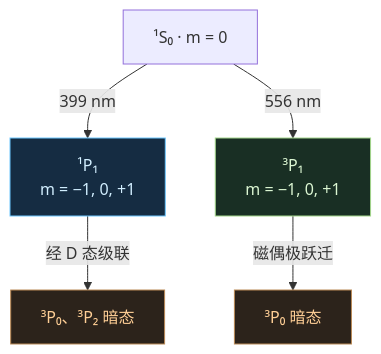
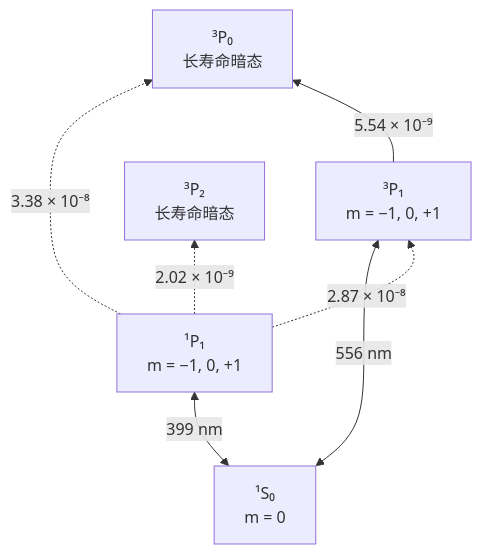
Before and after one commit to WindSweeps/yb-mot3d-simulator: the diagram in mot3d/engine-diagrams/two-color-rate-equations.mmd, drawn with Mermaid. The commit also changed 12 other files, not shown here.

```diff
--- a/mot3d/engine-diagrams/two-color-rate-equations.mmd
+++ b/mot3d/engine-diagrams/two-color-rate-equations.mmd
@@ -1,11 +1,14 @@
-flowchart TB
-    G["¹S₀ · m = 0"] -->|"399 nm"| B["¹P₁<br/>m = −1, 0, +1"]
-    G -->|"556 nm"| V["³P₁<br/>m = −1, 0, +1"]
-    B -->|"经 D 态级联"| DB["³P₀、³P₂ 暗态"]
-    V -->|"磁偶极跃迁"| DV["³P₀ 暗态"]
-    classDef blue fill:#152c42,stroke:#6cc7ff,color:#d2efff
-    classDef green fill:#192f24,stroke:#a3d68b,color:#dcf7d3
-    classDef dark fill:#2c231b,stroke:#ba8956,color:#ffcf96
-    class B blue
-    class V green
-    class DB,DV dark
+flowchart BT
+    accTitle: ¹⁷⁴Yb 蓝绿光稳态速率方程能级图
+    accDescr: 能量向上递增。399 nm 与 556 nm 两个冷却循环共享基态。蓝光虚线标注经 ³D 态级联至三个末态的有效分支比。绿光磁偶极分支通往 ³P₀。
+    G["¹S₀<br/>m = 0"]
+    B["¹P₁<br/>m = −1, 0, +1"]
+    V["³P₁<br/>m = −1, 0, +1"]
+    P0["³P₀<br/>长寿命暗态"]
+    P2["³P₂<br/>长寿命暗态"]
+    G <-->|"399 nm"| B
+    G <-->|"556 nm"| V
+    B -.->|"3.38 × 10⁻⁸"| P0
+    B -.->|"2.87 × 10⁻⁸"| V
+    B -.->|"2.02 × 10⁻⁹"| P2
+    V -->|"5.54 × 10⁻⁹"| P0
```
